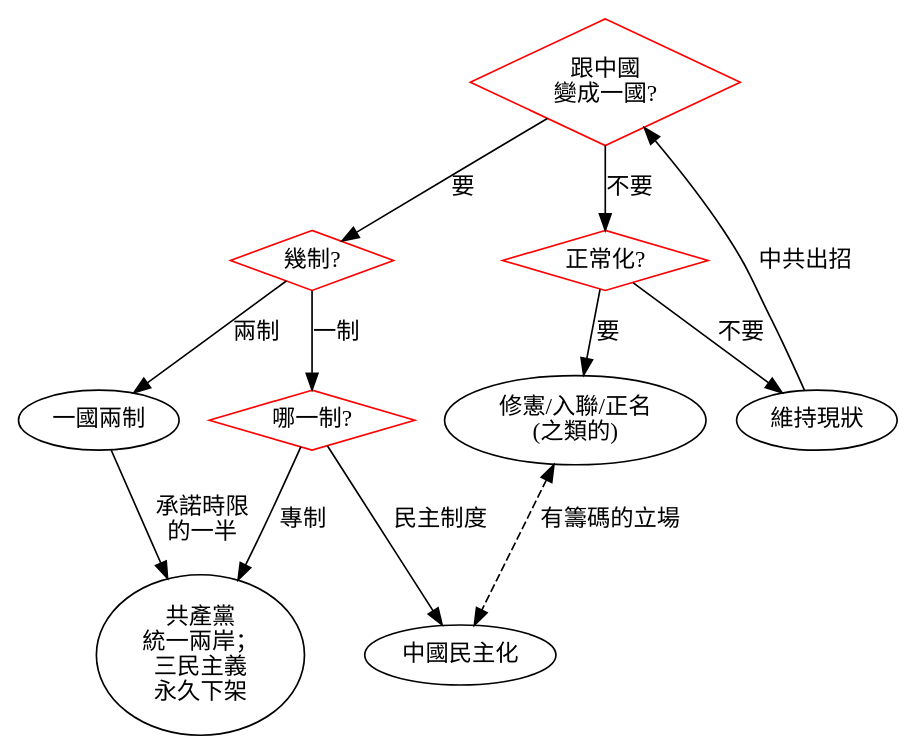
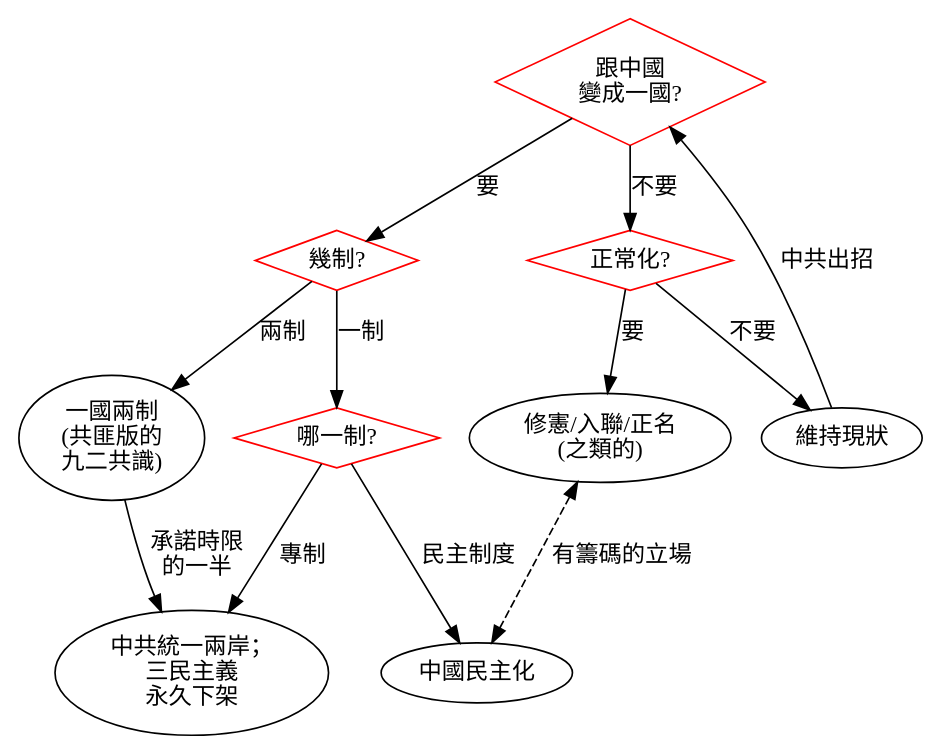
Before and after one commit to ckhung/ckhung.github.io: the diagram in a/m/20/twdt.dot, drawn with Graphviz. The commit also changed 1 other file, not shown here.

```diff
--- a/a/m/20/twdt.dot
+++ b/a/m/20/twdt.dot
@@ -1,28 +1,28 @@
 // dot -Tsvg boot.dot > boot.svg
 digraph "臺灣前途決策樹" {
 
     rankdir = TB;
     overlap = scale;
 
     uniteQ [ shape=diamond; color="red"; label="跟中國\n變成一國?" ];
     sameQ [ shape=diamond; color="red"; label="幾制?" ];
     regQ [ shape=diamond; color="red"; label="正常化?" ];
     democraticQ [ shape=diamond; color="red"; label="哪一制?" ];
-    octs [ label="一國兩制" ];
-    ccp [ label="共產黨\n統一兩岸；\n三民主義\n永久下架" ];
+    octs [ label="一國兩制\n(共匪版的\n九二共識)" ];
+    ccp [ label="中共統一兩岸；\n三民主義\n永久下架" ];
     demo [ label="中國民主化" ];
     quo [ label="維持現狀" ];
     taiwan [ label="修憲/入聯/正名\n(之類的)" ];
 
     uniteQ -> regQ [ label="不要" ];
     uniteQ -> sameQ [ label="要" ];
     sameQ -> democraticQ [ label="一制" ];
     sameQ -> octs [ label="兩制" ];
     democraticQ -> ccp [ label="專制" ];
     democraticQ -> demo [ label="民主制度" ];
     octs -> ccp [ label="承諾時限\n的一半" ];
     regQ -> quo [ label="不要" ];
     regQ -> taiwan [ label="要" ];
     taiwan -> demo [ label="有籌碼的立場"; dir=both; style=dashed ];
     quo -> uniteQ [ label="中共出招" ];
 }
```
